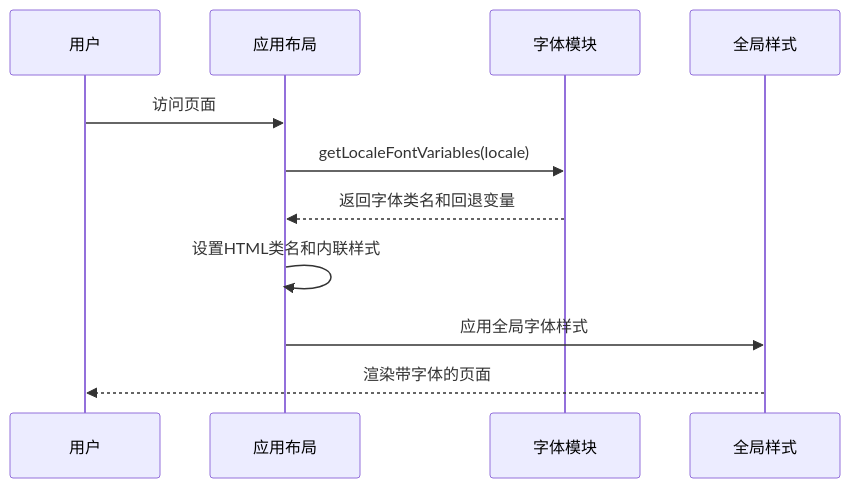
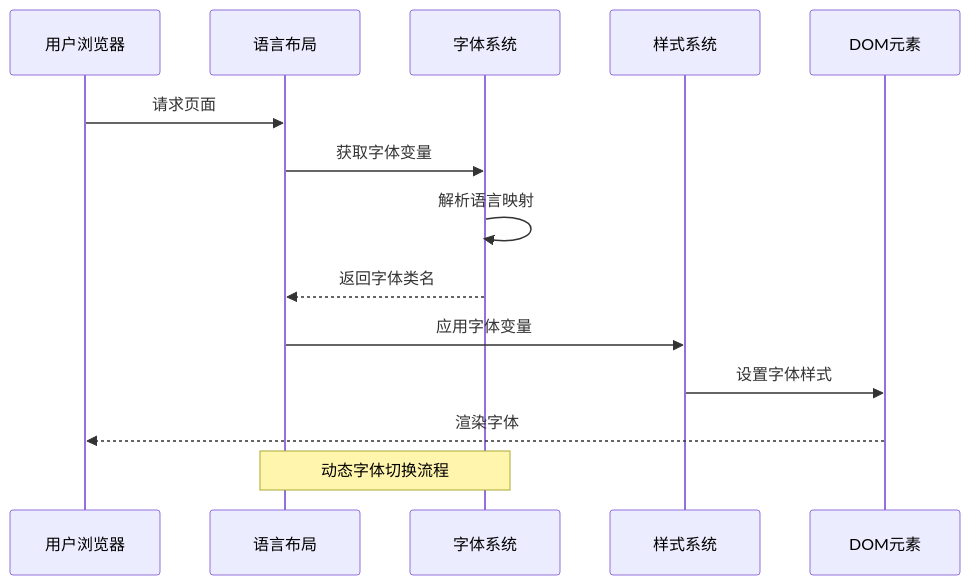
One commit to sgyy/privadeck changed the second of 7 diagrams in .qoder/repowiki/zh/content/Font Management.md. Above: the diagram before and after it, drawn with Mermaid. The commit also changed other lines of this file and 5 other files, not shown here.

````diff
--- a/.qoder/repowiki/zh/content/Font Management.md
+++ b/.qoder/repowiki/zh/content/Font Management.md
@@ -95,13 +102,16 @@
 ```mermaid
 sequenceDiagram
-participant User as 用户
-participant Layout as 应用布局
-participant Font as 字体模块
-participant CSS as 全局样式
-User->>Layout : 访问页面
-Layout->>Font : getLocaleFontVariables(locale)
-Font-->>Layout : 返回字体类名和回退变量
-Layout->>Layout : 设置HTML类名和内联样式
-Layout->>CSS : 应用全局字体样式
-CSS-->>User : 渲染带字体的页面
+participant User as 用户浏览器
+participant Layout as 语言布局
+participant Font as 字体系统
+participant CSS as 样式系统
+participant DOM as DOM元素
+User->>Layout : 请求页面
+Layout->>Font : 获取字体变量
+Font->>Font : 解析语言映射
+Font-->>Layout : 返回字体类名
+Layout->>CSS : 应用字体变量
+CSS->>DOM : 设置字体样式
+DOM-->>User : 渲染字体
+Note over Layout,Font : 动态字体切换流程
 ```
````
